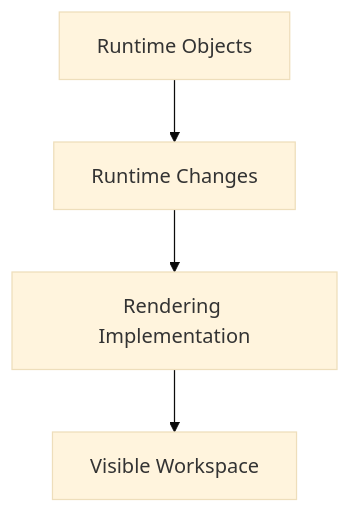
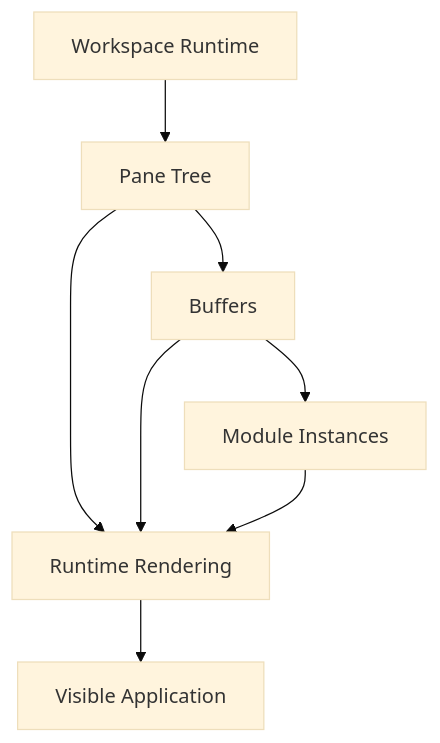
Before and after one commit to kjvonly/kjvonly.bible: the sixth of 6 diagrams in docs/01_application-architecture/003-runtime-rendering.md, drawn with Mermaid (base theme). The commit also changed other lines of this file and 1 other file, not shown here.

````diff
--- a/docs/01_application-architecture/003-runtime-rendering.md
+++ b/docs/01_application-architecture/003-runtime-rendering.md
@@ -768,15 +838,25 @@
 ```mermaid
 flowchart TD
 
-    Runtime["Runtime Objects"]
+    Runtime["Workspace Runtime"]
 
-    Changes["Runtime Changes"]
+    Panes["Pane Tree"]
 
-    Renderer["Rendering Implementation"]
+    Buffers["Buffers"]
 
-    UI["Visible Workspace"]
+    Modules["Module Instances"]
 
-    Runtime --> Changes
-    Changes --> Renderer
-    Renderer --> UI
+    Rendering["Runtime Rendering"]
+
+    UI["Visible Application"]
+
+    Runtime --> Panes
+    Panes --> Buffers
+    Buffers --> Modules
+
+    Panes --> Rendering
+    Buffers --> Rendering
+    Modules --> Rendering
+
+    Rendering --> UI
 ```
````
